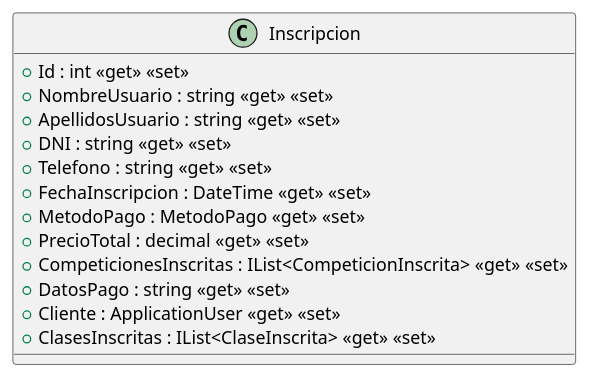
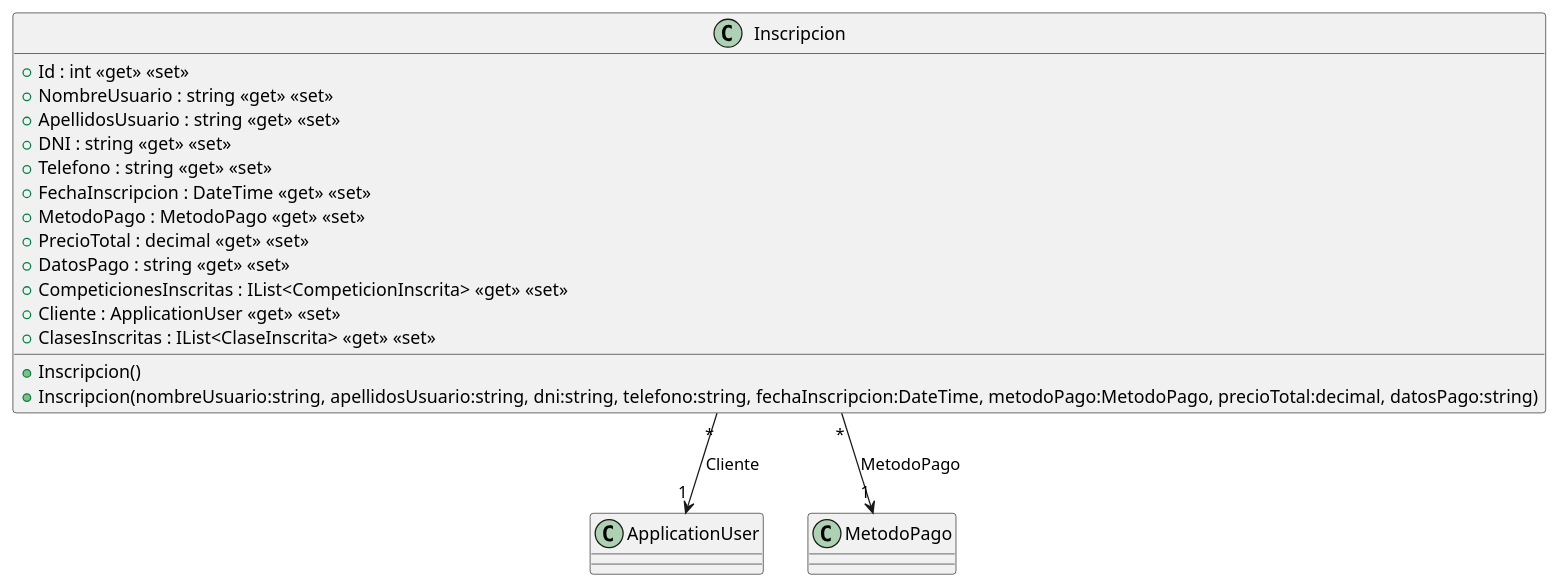
One commit to ISII26-27RJD/ISII2627-RDJ changed the diagram in src/AppForSEII.API/ClassDiagram/Inscripcion.puml. Above: the diagram before and after it, drawn with PlantUML. The commit also changed 16 other files, not shown here.

```diff
--- a/src/AppForSEII.API/ClassDiagram/Inscripcion.puml
+++ b/src/AppForSEII.API/ClassDiagram/Inscripcion.puml
@@ -1,16 +1,21 @@
 @startuml
 class Inscripcion {
+    + Inscripcion()
+    + Inscripcion(nombreUsuario:string, apellidosUsuario:string, dni:string, telefono:string, fechaInscripcion:DateTime, metodoPago:MetodoPago, precioTotal:decimal, datosPago:string)
     + Id : int <<get>> <<set>>
     + NombreUsuario : string <<get>> <<set>>
     + ApellidosUsuario : string <<get>> <<set>>
     + DNI : string <<get>> <<set>>
     + Telefono : string <<get>> <<set>>
     + FechaInscripcion : DateTime <<get>> <<set>>
     + MetodoPago : MetodoPago <<get>> <<set>>
     + PrecioTotal : decimal <<get>> <<set>>
+    + DatosPago : string <<get>> <<set>>
     + CompeticionesInscritas : IList<CompeticionInscrita> <<get>> <<set>>
-    + DatosPago : string <<get>> <<set>>
     + Cliente : ApplicationUser <<get>> <<set>>
     + ClasesInscritas : IList<ClaseInscrita> <<get>> <<set>>
 }
+
+Inscripcion "*" --> "1" ApplicationUser : Cliente
+Inscripcion "*" --> "1" MetodoPago : MetodoPago
 @enduml
```
